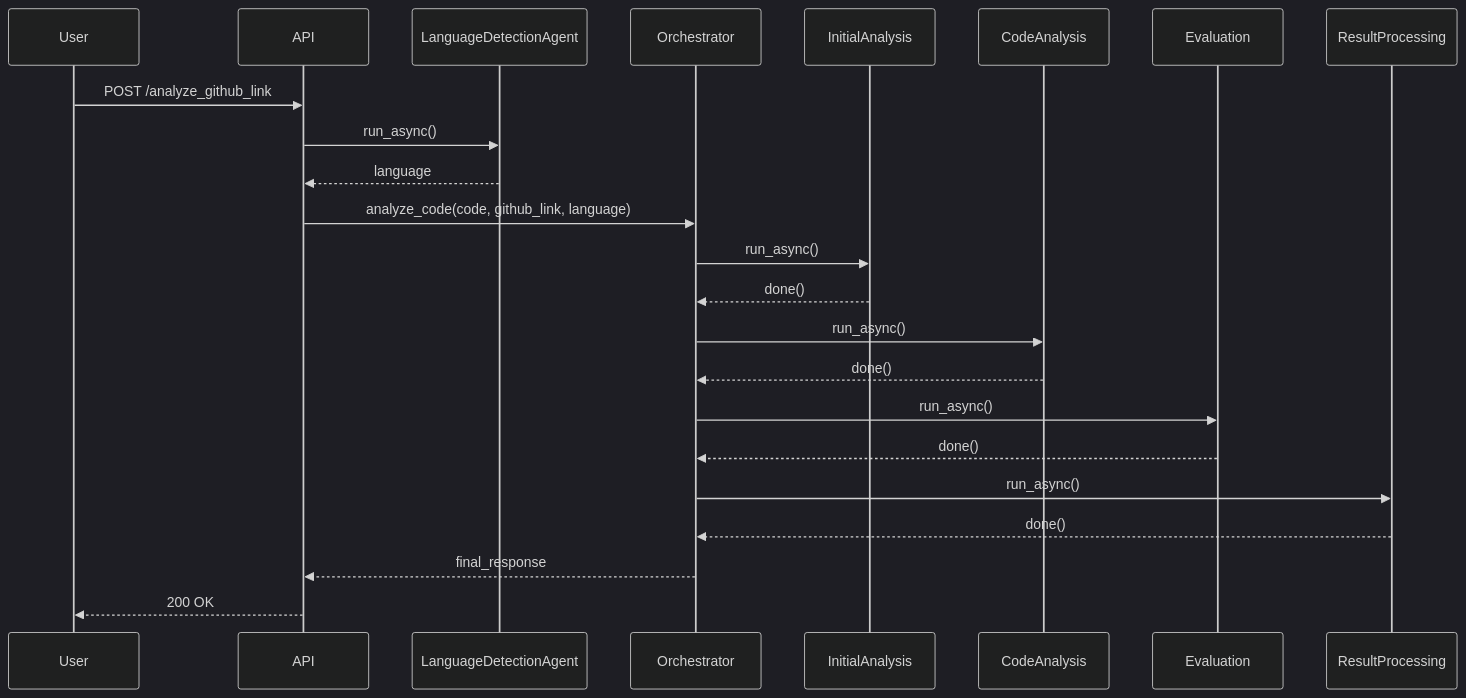
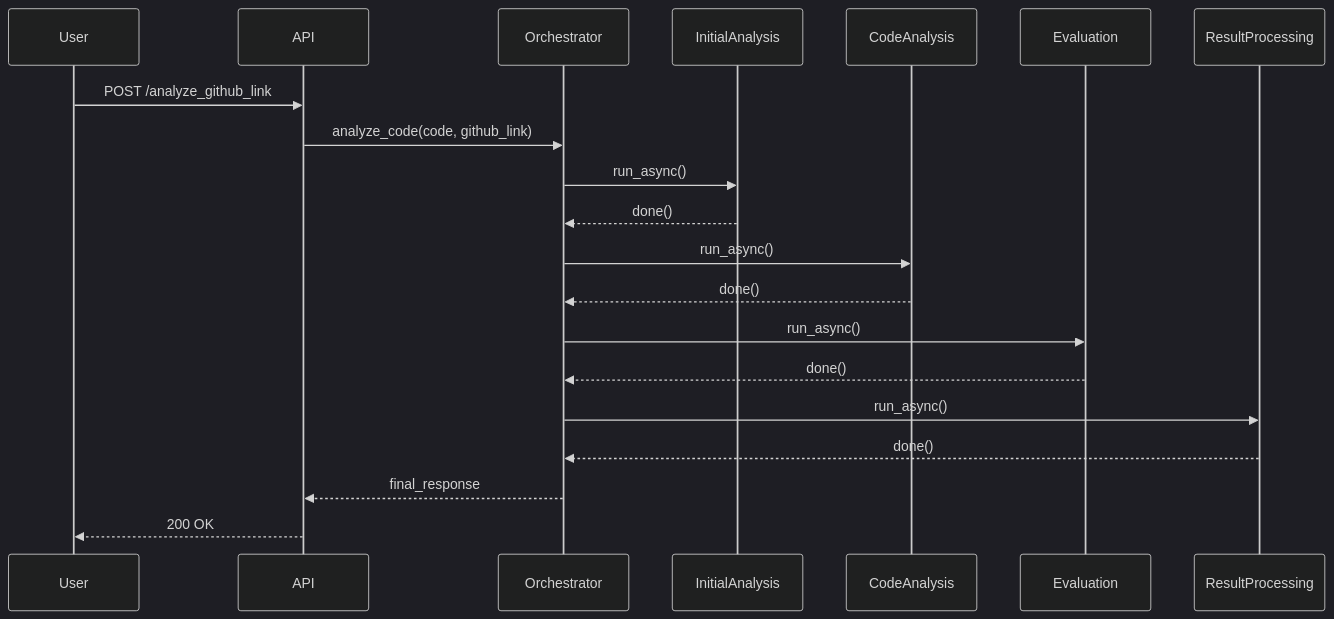
Before and after one commit to joeshirey/HealthScoringAgent: the second of 2 diagrams in docs/TECHNICAL_DESIGN.md, drawn with Mermaid (dark theme). The commit also changed other lines of this file and 5 other files, not shown here.

````diff
--- a/docs/TECHNICAL_DESIGN.md
+++ b/docs/TECHNICAL_DESIGN.md
@@ -46,26 +45,23 @@
 ```mermaid
 sequenceDiagram
     participant User
     participant API
-    participant LanguageDetectionAgent
     participant Orchestrator
     participant InitialAnalysis
     participant CodeAnalysis
     participant Evaluation
     participant ResultProcessing
 
     User->>API: POST /analyze_github_link
-    API->>LanguageDetectionAgent: run_async()
-    LanguageDetectionAgent-->>API: language
-    API->>Orchestrator: analyze_code(code, github_link, language)
+    API->>Orchestrator: analyze_code(code, github_link)
     Orchestrator->>InitialAnalysis: run_async()
     InitialAnalysis-->>Orchestrator: done()
     Orchestrator->>CodeAnalysis: run_async()
     CodeAnalysis-->>Orchestrator: done()
     Orchestrator->>Evaluation: run_async()
     Evaluation-->>Orchestrator: done()
     Orchestrator->>ResultProcessing: run_async()
     ResultProcessing-->>Orchestrator: done()
     Orchestrator-->>API: final_response
     API-->>User: 200 OK
 ```
````
